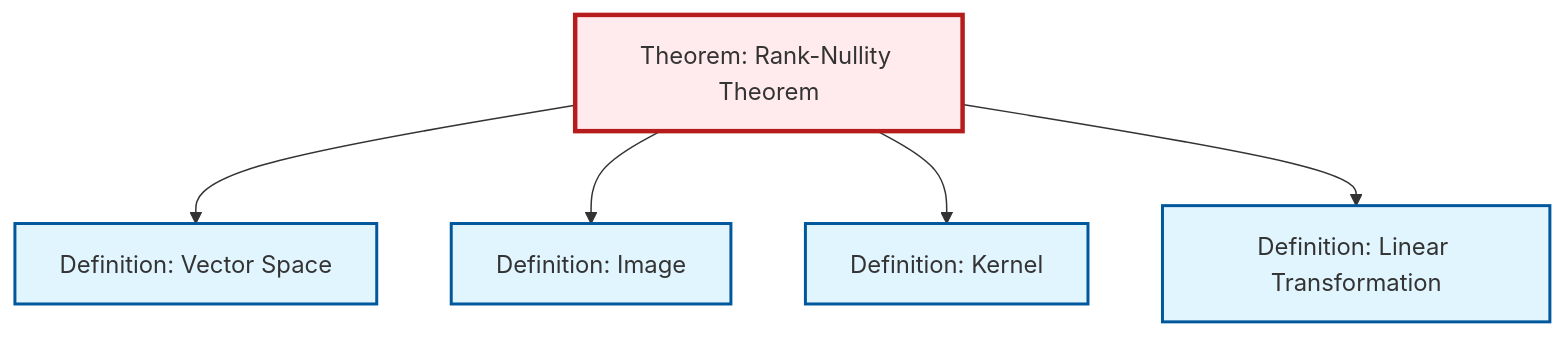
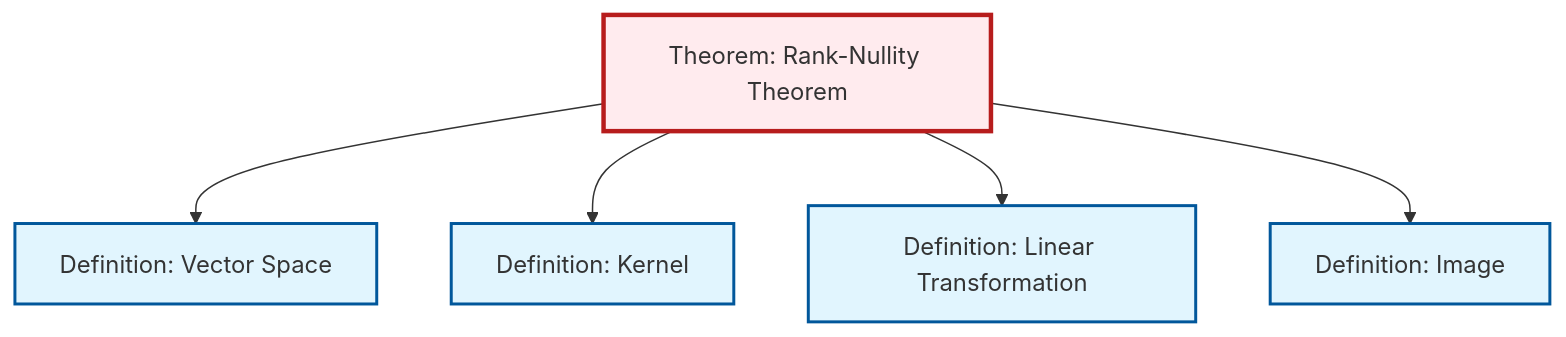
Before and after one commit to RK0429/ModernMath: the diagram in content/en/algebra/thm-rank-nullity.qmd, drawn with Mermaid. The commit also changed other lines of this file and 530 other files, not shown here.

````diff
--- a/content/en/algebra/thm-rank-nullity.qmd
+++ b/content/en/algebra/thm-rank-nullity.qmd
@@ -55,23 +55,23 @@
 ```{mermaid}
 %%| fig-cap: "Local dependency graph"
 graph TD
     classDef definition fill:#e1f5fe,stroke:#01579b,stroke-width:2px
     classDef theorem fill:#f3e5f5,stroke:#4a148c,stroke-width:2px
     classDef axiom fill:#fff3e0,stroke:#e65100,stroke-width:2px
     classDef example fill:#e8f5e9,stroke:#1b5e20,stroke-width:2px
     classDef current fill:#ffebee,stroke:#b71c1c,stroke-width:3px
+    thm-rank-nullity["Theorem: Rank-Nullity Theorem"]:::theorem
+    def-kernel["Definition: Kernel"]:::definition
+    def-image["Definition: Image"]:::definition
+    def-vector-space["Definition: Vector Space"]:::definition
     def-linear-transformation["Definition: Linear Transformation"]:::definition
-    def-vector-space["Definition: Vector Space"]:::definition
-    thm-rank-nullity["Theorem: Rank-Nullity Theorem"]:::theorem
-    def-image["Definition: Image"]:::definition
-    def-kernel["Definition: Kernel"]:::definition
     thm-rank-nullity --> def-vector-space
-    thm-rank-nullity --> def-image
     thm-rank-nullity --> def-kernel
     thm-rank-nullity --> def-linear-transformation
+    thm-rank-nullity --> def-image
     class thm-rank-nullity current
+    click def-kernel "def-kernel.html" "Go to Kernel definition"
+    click def-image "def-image.html" "Go to Image definition"
+    click def-vector-space "def-vector-space.html" "Go to Vector Space definition"
     click def-linear-transformation "def-linear-transformation.html" "Go to Linear Transformation definition"
-    click def-vector-space "def-vector-space.html" "Go to Vector Space definition"
-    click def-image "def-image.html" "Go to Image definition"
-    click def-kernel "def-kernel.html" "Go to Kernel definition"
 ```
````
